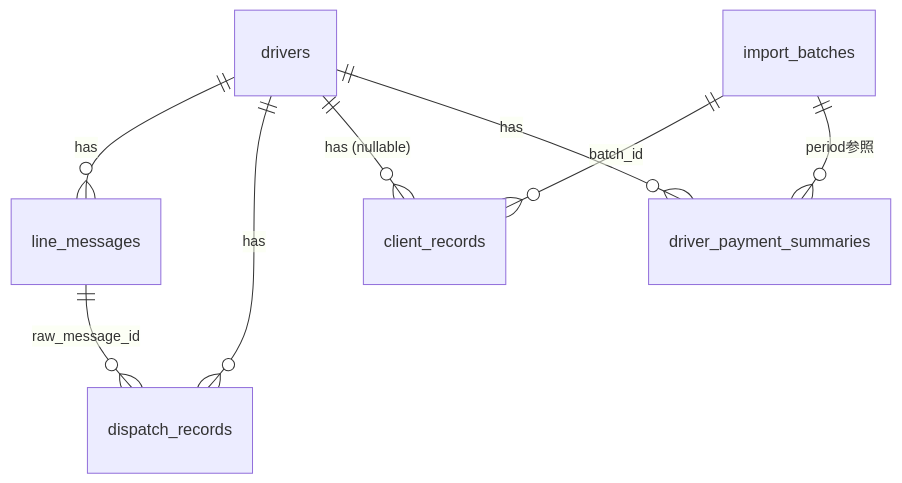
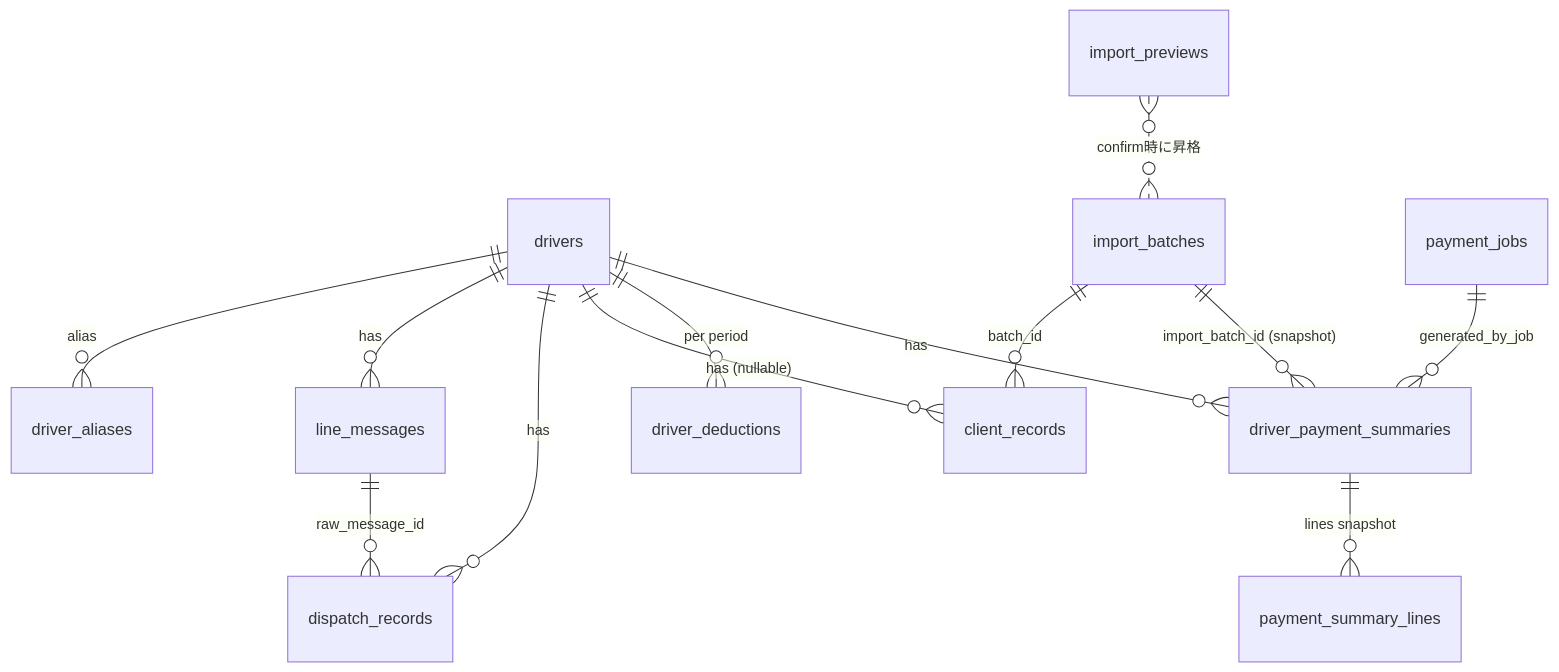
One commit to saku1024/steelo-invoice changed the sixth of 6 diagrams in .kiro/specs/phase1-mvp/design.md. Above: the diagram before and after it, drawn with Mermaid. The commit also changed other lines of this file and 5 other files, not shown here.

````diff
--- a/.kiro/specs/phase1-mvp/design.md
+++ b/.kiro/specs/phase1-mvp/design.md
@@ -532,10 +688,15 @@
 ```mermaid
 erDiagram
+  drivers ||--o{ driver_aliases : "alias"
   drivers ||--o{ line_messages : "has"
   drivers ||--o{ dispatch_records : "has"
   drivers ||--o{ client_records : "has (nullable)"
+  drivers ||--o{ driver_deductions : "per period"
   drivers ||--o{ driver_payment_summaries : "has"
   line_messages ||--o{ dispatch_records : "raw_message_id"
   import_batches ||--o{ client_records : "batch_id"
-  import_batches ||--o{ driver_payment_summaries : "period参照"
+  import_batches ||--o{ driver_payment_summaries : "import_batch_id (snapshot)"
+  driver_payment_summaries ||--o{ payment_summary_lines : "lines snapshot"
+  payment_jobs ||--o{ driver_payment_summaries : "generated_by_job"
+  import_previews }o..o{ import_batches : "confirm時に昇格"
 ```
````
